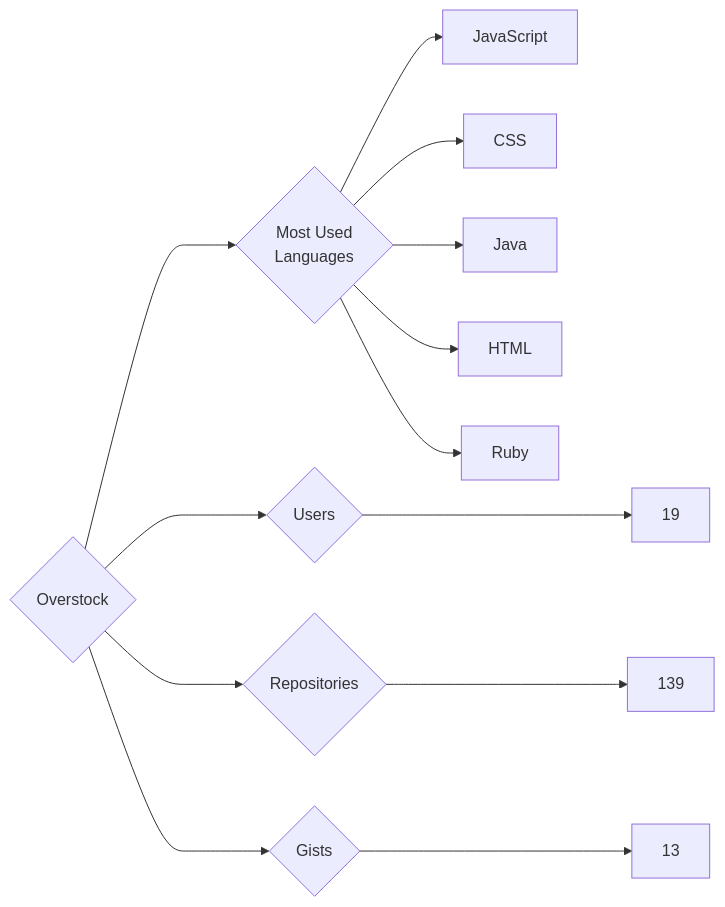
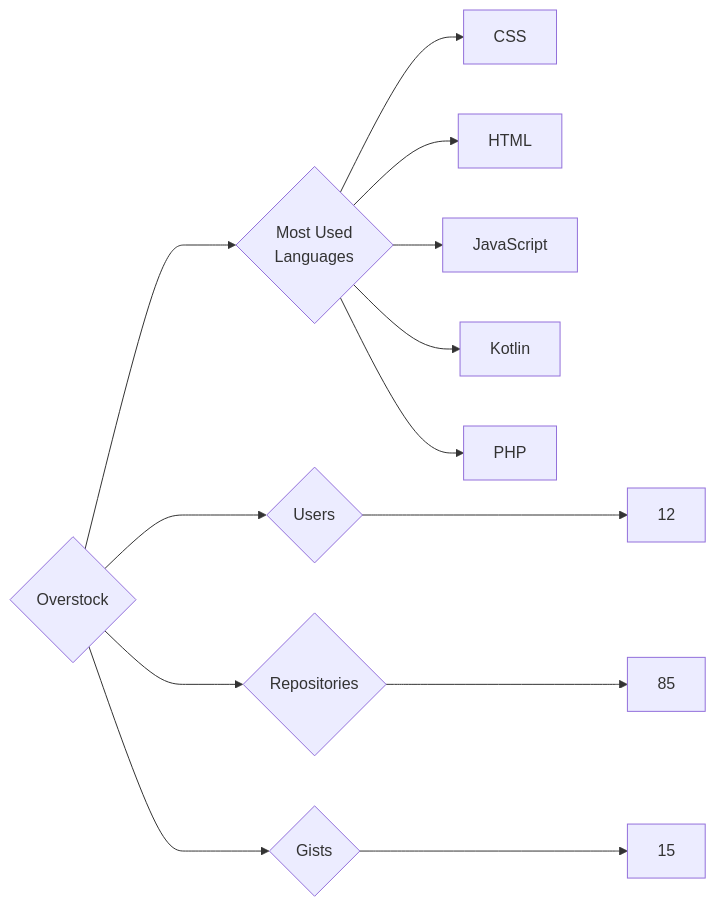
One commit to trickest/insiders changed the diagram in targets/Overstock/README.md. Above: the diagram before and after it, drawn with Mermaid. The commit also changed 833 other files, not shown here.

````diff
--- a/targets/Overstock/README.md
+++ b/targets/Overstock/README.md
@@ -3,13 +3,13 @@
 ```mermaid
 graph LR
 COMPANY_NAME{Overstock}
-COMPANY_NAME ---> U{Users} ---> UN[19]
-COMPANY_NAME ---> R{Repositories} ---> RN[139]
-COMPANY_NAME ---> G{Gists} ---> GN[13]
+COMPANY_NAME ---> U{Users} ---> UN[12]
+COMPANY_NAME ---> R{Repositories} ---> RN[85]
+COMPANY_NAME ---> G{Gists} ---> GN[15]
 COMPANY_NAME ---> ML{Most Used<br>Languages}
+ML --> CSS[CSS]
+ML --> HTML[HTML]
 ML --> JavaScript[JavaScript]
-ML --> CSS[CSS]
-ML --> Java[Java]
-ML --> HTML[HTML]
-ML --> Ruby[Ruby]
+ML --> Kotlin[Kotlin]
+ML --> PHP[PHP]
 ```
````
